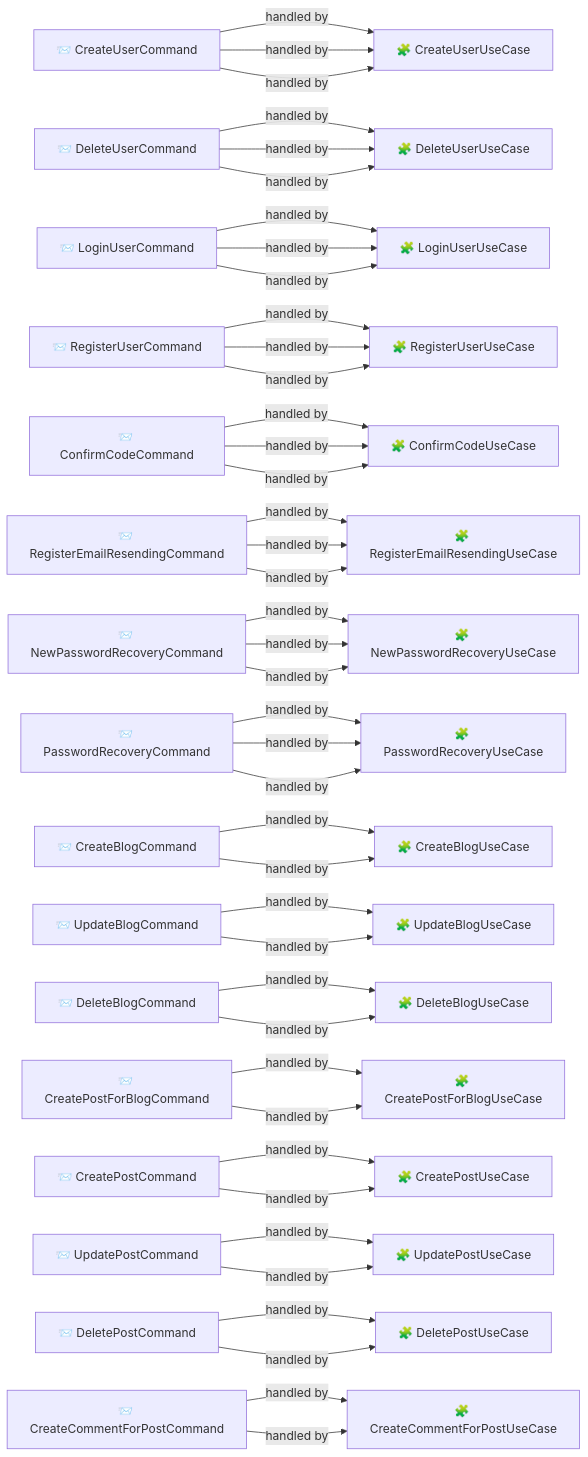
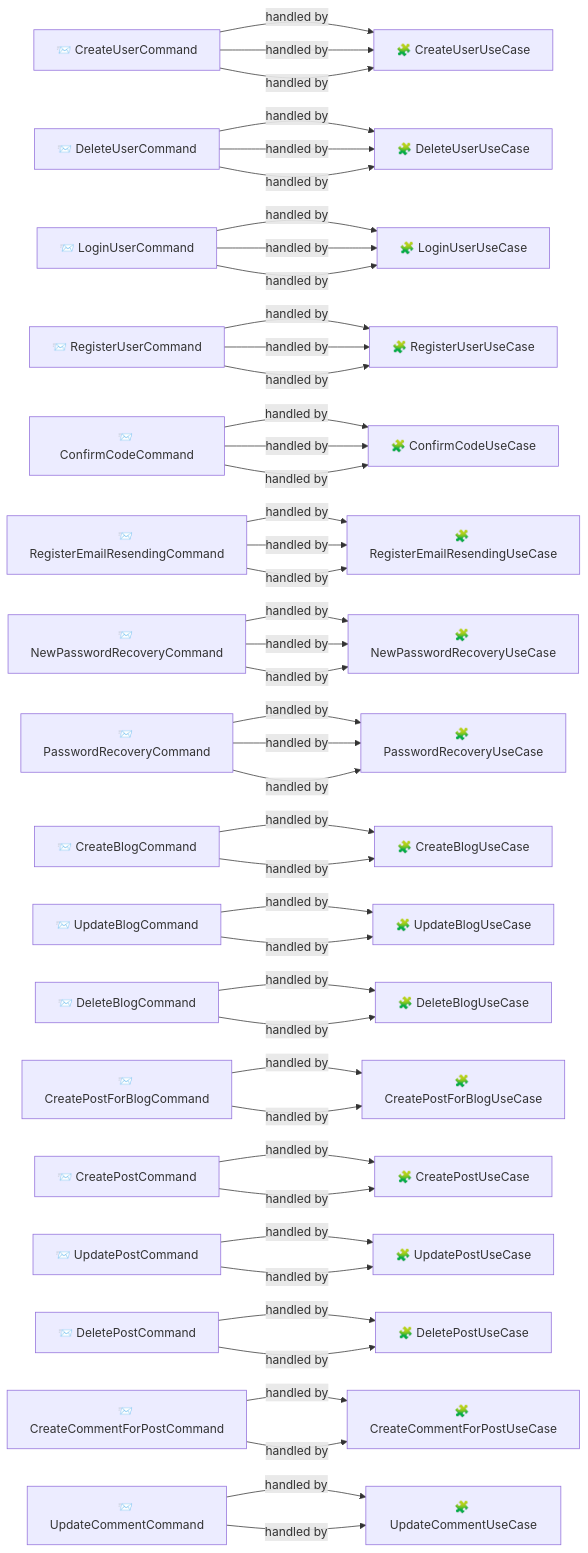
One commit to anechka002/blogger_platform_nest_sql changed diagram 14 of 14 in nest-graph.md. Above: the diagram before and after it, drawn with Mermaid. The commit also changed other lines of this file and 7 other files, not shown here.

Commit message:
feat(comments): add update comment use case

````diff
--- a/nest-graph.md
+++ b/nest-graph.md
@@ -467,75 +473,79 @@
 ```mermaid
 graph LR
   command_CreateUserCommand["📨 CreateUserCommand"]
   handler_CreateUserUseCase["🧩 CreateUserUseCase"]
   command_DeleteUserCommand["📨 DeleteUserCommand"]
   handler_DeleteUserUseCase["🧩 DeleteUserUseCase"]
   command_LoginUserCommand["📨 LoginUserCommand"]
   handler_LoginUserUseCase["🧩 LoginUserUseCase"]
   command_RegisterUserCommand["📨 RegisterUserCommand"]
   handler_RegisterUserUseCase["🧩 RegisterUserUseCase"]
   command_ConfirmCodeCommand["📨 ConfirmCodeCommand"]
   handler_ConfirmCodeUseCase["🧩 ConfirmCodeUseCase"]
   command_RegisterEmailResendingCommand["📨 RegisterEmailResendingCommand"]
   handler_RegisterEmailResendingUseCase["🧩 RegisterEmailResendingUseCase"]
   command_NewPasswordRecoveryCommand["📨 NewPasswordRecoveryCommand"]
   handler_NewPasswordRecoveryUseCase["🧩 NewPasswordRecoveryUseCase"]
   command_PasswordRecoveryCommand["📨 PasswordRecoveryCommand"]
   handler_PasswordRecoveryUseCase["🧩 PasswordRecoveryUseCase"]
   command_CreateBlogCommand["📨 CreateBlogCommand"]
   handler_CreateBlogUseCase["🧩 CreateBlogUseCase"]
   command_UpdateBlogCommand["📨 UpdateBlogCommand"]
   handler_UpdateBlogUseCase["🧩 UpdateBlogUseCase"]
   command_DeleteBlogCommand["📨 DeleteBlogCommand"]
   handler_DeleteBlogUseCase["🧩 DeleteBlogUseCase"]
   command_CreatePostForBlogCommand["📨 CreatePostForBlogCommand"]
   handler_CreatePostForBlogUseCase["🧩 CreatePostForBlogUseCase"]
   command_CreatePostCommand["📨 CreatePostCommand"]
   handler_CreatePostUseCase["🧩 CreatePostUseCase"]
   command_UpdatePostCommand["📨 UpdatePostCommand"]
   handler_UpdatePostUseCase["🧩 UpdatePostUseCase"]
   command_DeletePostCommand["📨 DeletePostCommand"]
   handler_DeletePostUseCase["🧩 DeletePostUseCase"]
   command_CreateCommentForPostCommand["📨 CreateCommentForPostCommand"]
   handler_CreateCommentForPostUseCase["🧩 CreateCommentForPostUseCase"]
+  command_UpdateCommentCommand["📨 UpdateCommentCommand"]
+  handler_UpdateCommentUseCase["🧩 UpdateCommentUseCase"]
   command_CreateUserCommand -->|handled by| handler_CreateUserUseCase
   command_DeleteUserCommand -->|handled by| handler_DeleteUserUseCase
   command_LoginUserCommand -->|handled by| handler_LoginUserUseCase
   command_RegisterUserCommand -->|handled by| handler_RegisterUserUseCase
   command_ConfirmCodeCommand -->|handled by| handler_ConfirmCodeUseCase
   command_RegisterEmailResendingCommand -->|handled by| handler_RegisterEmailResendingUseCase
   command_NewPasswordRecoveryCommand -->|handled by| handler_NewPasswordRecoveryUseCase
   command_PasswordRecoveryCommand -->|handled by| handler_PasswordRecoveryUseCase
   command_CreateBlogCommand -->|handled by| handler_CreateBlogUseCase
   command_UpdateBlogCommand -->|handled by| handler_UpdateBlogUseCase
   command_DeleteBlogCommand -->|handled by| handler_DeleteBlogUseCase
   command_CreatePostForBlogCommand -->|handled by| handler_CreatePostForBlogUseCase
   command_CreatePostCommand -->|handled by| handler_CreatePostUseCase
   command_UpdatePostCommand -->|handled by| handler_UpdatePostUseCase
   command_DeletePostCommand -->|handled by| handler_DeletePostUseCase
   command_CreateCommentForPostCommand -->|handled by| handler_CreateCommentForPostUseCase
+  command_UpdateCommentCommand -->|handled by| handler_UpdateCommentUseCase
   command_CreateUserCommand -->|handled by| handler_CreateUserUseCase
   command_DeleteUserCommand -->|handled by| handler_DeleteUserUseCase
   command_LoginUserCommand -->|handled by| handler_LoginUserUseCase
   command_RegisterUserCommand -->|handled by| handler_RegisterUserUseCase
   command_ConfirmCodeCommand -->|handled by| handler_ConfirmCodeUseCase
   command_RegisterEmailResendingCommand -->|handled by| handler_RegisterEmailResendingUseCase
   command_NewPasswordRecoveryCommand -->|handled by| handler_NewPasswordRecoveryUseCase
   command_PasswordRecoveryCommand -->|handled by| handler_PasswordRecoveryUseCase
   command_CreateBlogCommand -->|handled by| handler_CreateBlogUseCase
   command_UpdateBlogCommand -->|handled by| handler_UpdateBlogUseCase
   command_DeleteBlogCommand -->|handled by| handler_DeleteBlogUseCase
   command_CreatePostForBlogCommand -->|handled by| handler_CreatePostForBlogUseCase
   command_CreatePostCommand -->|handled by| handler_CreatePostUseCase
   command_UpdatePostCommand -->|handled by| handler_UpdatePostUseCase
   command_DeletePostCommand -->|handled by| handler_DeletePostUseCase
   command_CreateCommentForPostCommand -->|handled by| handler_CreateCommentForPostUseCase
+  command_UpdateCommentCommand -->|handled by| handler_UpdateCommentUseCase
   command_CreateUserCommand -->|handled by| handler_CreateUserUseCase
   command_DeleteUserCommand -->|handled by| handler_DeleteUserUseCase
   command_LoginUserCommand -->|handled by| handler_LoginUserUseCase
   command_RegisterUserCommand -->|handled by| handler_RegisterUserUseCase
   command_ConfirmCodeCommand -->|handled by| handler_ConfirmCodeUseCase
   command_RegisterEmailResendingCommand -->|handled by| handler_RegisterEmailResendingUseCase
   command_NewPasswordRecoveryCommand -->|handled by| handler_NewPasswordRecoveryUseCase
   command_PasswordRecoveryCommand -->|handled by| handler_PasswordRecoveryUseCase
 ```
````
